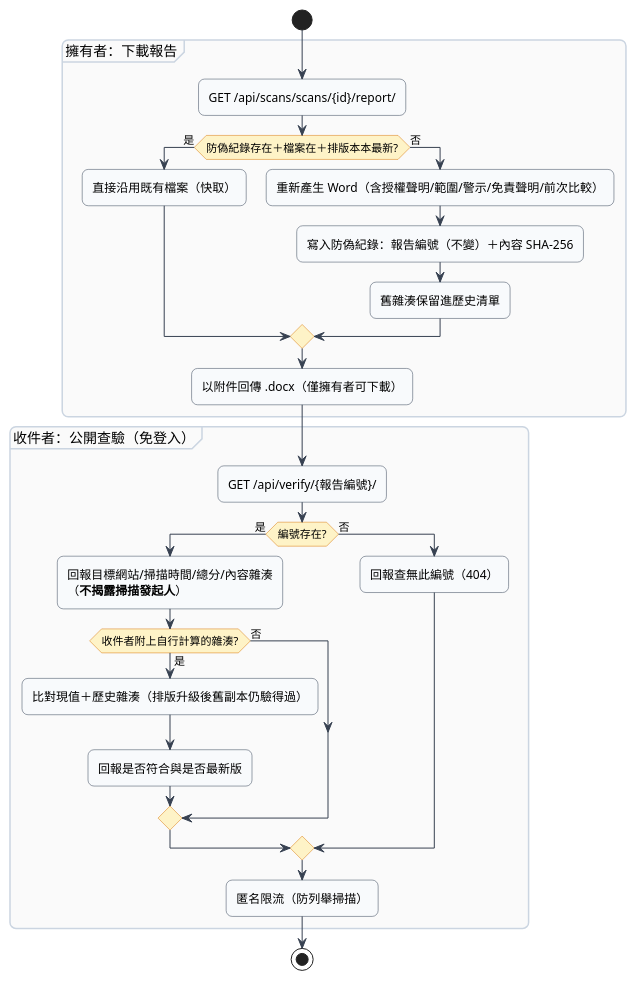
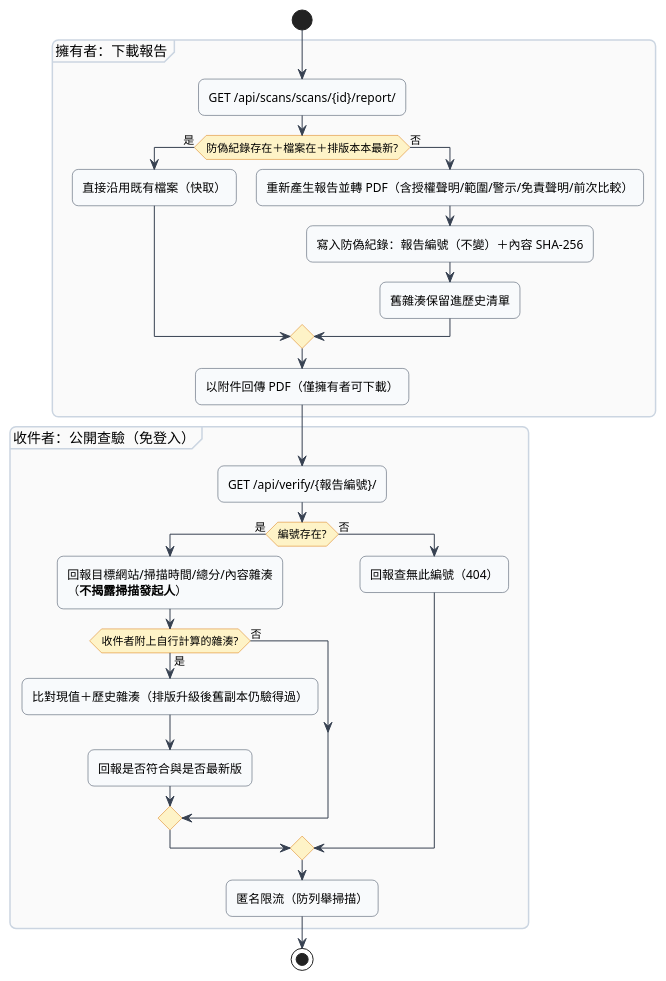
The ninth of 25 diagrams in 專題文件生成/設計文件_圖表與成本模組.md (Djude1/Argus_WebsiteDiagnosticPlatform), drawn with PlantUML before and after one commit. The commit also changed other lines of this file and 67 other files, not shown here.

````diff
--- a/專題文件生成/設計文件_圖表與成本模組.md
+++ b/專題文件生成/設計文件_圖表與成本模組.md
@@ -493,43 +493,43 @@
 ```plantuml
 @startuml
 skinparam defaultFontName Microsoft JhengHei
 skinparam shadowing false
 skinparam roundcorner 12
 skinparam BackgroundColor #FFFFFF
 skinparam ArrowColor #374151
 skinparam ActivityBorderColor #334155
 skinparam ActivityBackgroundColor #F8FAFC
 skinparam ActivityDiamondBackgroundColor #FEF3C7
 skinparam ActivityDiamondBorderColor #D97706
 skinparam partitionBorderColor #CBD5E1
 skinparam partitionBackgroundColor #FAFAFA
 
 start
 partition "擁有者：下載報告" {
   :GET /api/scans/scans/{id}/report/;
   if (防偽紀錄存在＋檔案在＋排版本本最新?) then (是)
     :直接沿用既有檔案（快取）;
   else (否)
-    :重新產生 Word（含授權聲明/範圍/警示/免責聲明/前次比較）;
+    :重新產生報告並轉 PDF（含授權聲明/範圍/警示/免責聲明/前次比較）;
     :寫入防偽紀錄：報告編號（不變）＋內容 SHA-256;
     :舊雜湊保留進歷史清單;
   endif
-  :以附件回傳 .docx（僅擁有者可下載）;
+  :以附件回傳 PDF（僅擁有者可下載）;
 }
 partition "收件者：公開查驗（免登入）" {
   :GET /api/verify/{報告編號}/;
   if (編號存在?) then (是)
     :回報目標網站/掃描時間/總分/內容雜湊\n（**不揭露掃描發起人**）;
     if (收件者附上自行計算的雜湊?) then (是)
       :比對現值＋歷史雜湊（排版升級後舊副本仍驗得過）;
       :回報是否符合與是否最新版;
     else (否)
     endif
   else (否)
     :回報查無此編號（404）;
   endif
   :匿名限流（防列舉掃描）;
 }
 stop
 @enduml
 ```
````
